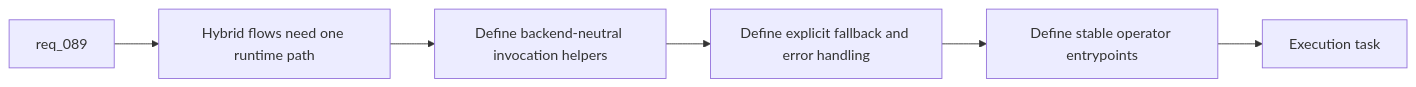
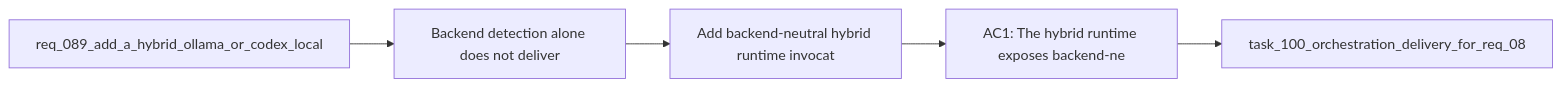
Before and after one commit to AlexAgo83/logics-manager: the diagram in logics/backlog/item_141_add_backend_neutral_hybrid_runtime_invocation_fallback_handling_and_operator_entrypoints.md, drawn with Mermaid. The commit also changed 481 other files, not shown here.

````diff
--- a/logics/backlog/item_141_add_backend_neutral_hybrid_runtime_invocation_fallback_handling_and_operator_entrypoints.md
+++ b/logics/backlog/item_141_add_backend_neutral_hybrid_runtime_invocation_fallback_handling_and_operator_entrypoints.md
@@ -28,10 +28,9 @@
 ```mermaid
 %% logics-kind: backlog
 %% logics-signature: backlog|add-backend-neutral-hybrid-runtime-invoc|req-089-add-a-hybrid-ollama-or-codex-loc|backend-detection-alone-does-not-deliver|ac1-the-hybrid-runtime-exposes-backend-n
 flowchart LR
-    Request[req_089] --> Problem[Hybrid flows need one runtime path]
-    Problem --> Invoke[Define backend-neutral invocation helpers]
-    Invoke --> Fallback[Define explicit fallback and error handling]
-    Fallback --> Entry[Define stable operator entrypoints]
-    Entry --> Done[Execution task]
+    Request[req_089_add_a_hybrid_ollama_or_codex_local] --> Problem[Backend detection alone does not deliver]
+    Problem --> Scope[Add backend-neutral hybrid runtime invocat]
+    Scope --> Acceptance[AC1: The hybrid runtime exposes backend-ne]
+    Acceptance --> Tasks[task_100_orchestration_delivery_for_req_08]
 ```
````
